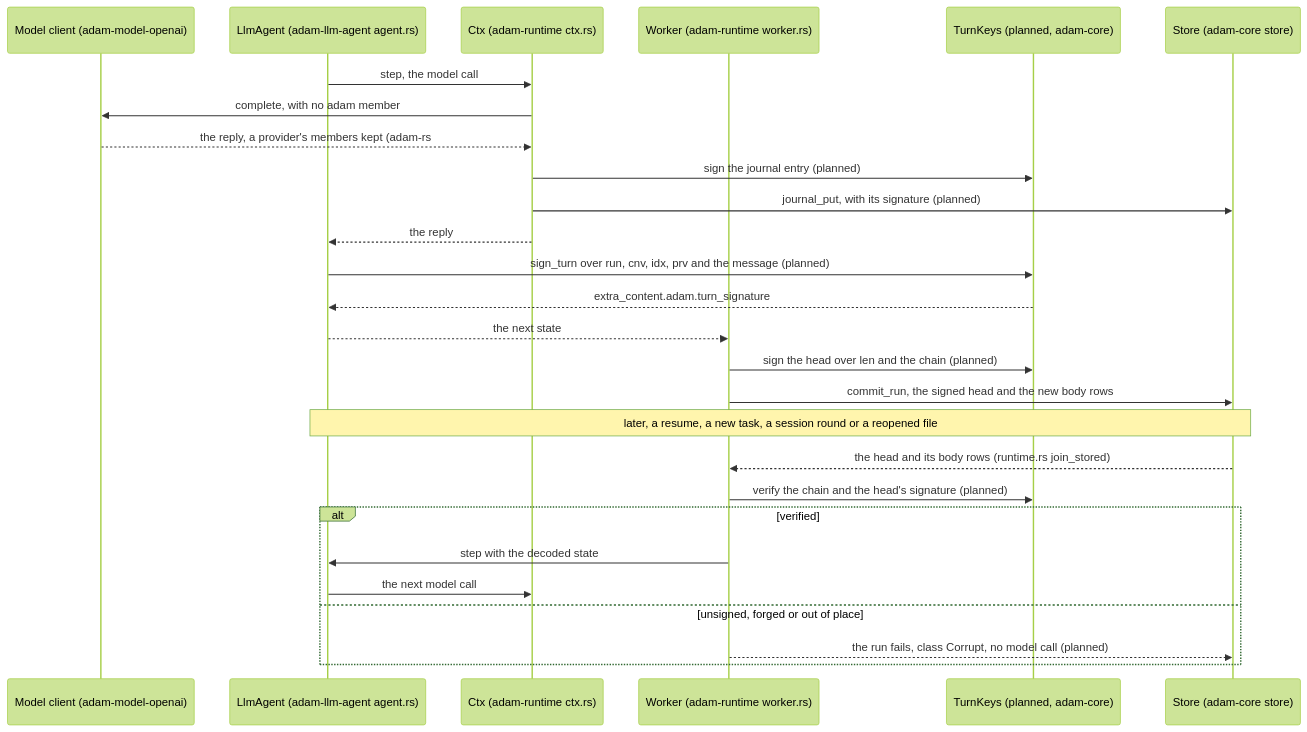
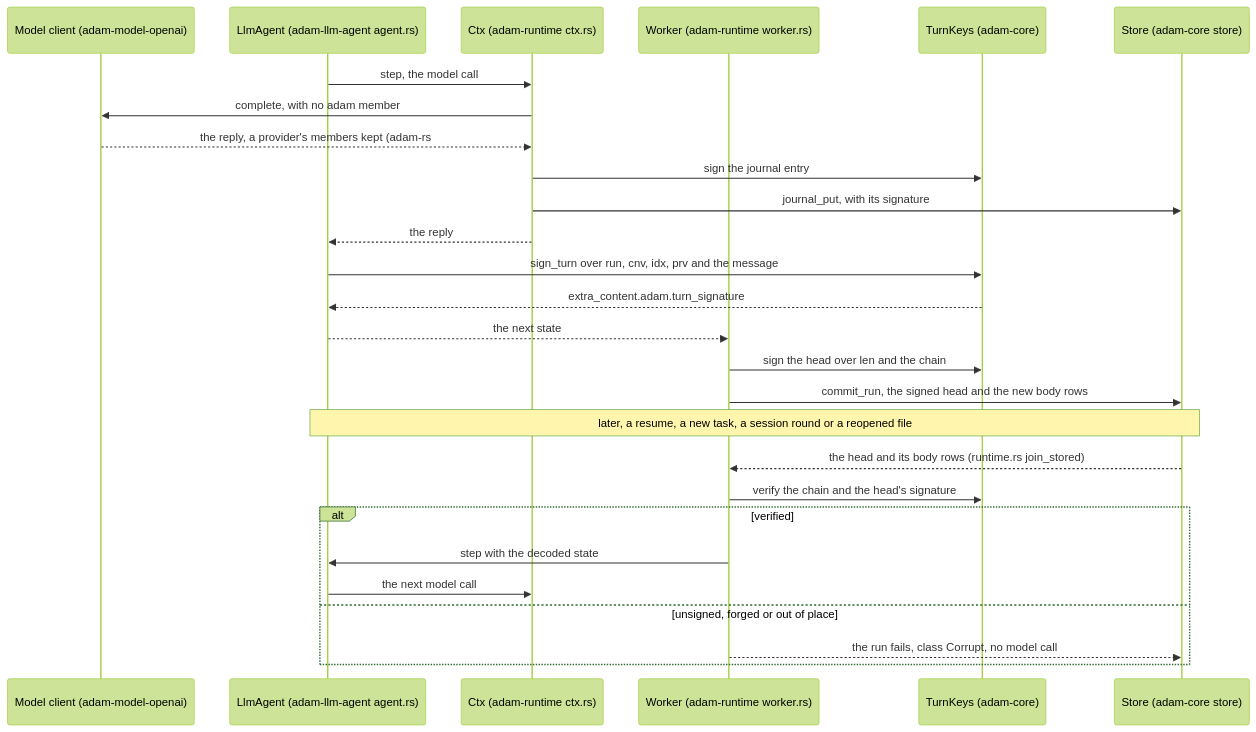
The first of 2 diagrams in docs/decisions/0068-adam-signs-its-own-history.md (vymalo/another-adam-rs), drawn with Mermaid (forest theme) before and after one commit. The commit also changed other lines of this file and 6 other files, not shown here.

````diff
--- a/docs/decisions/0068-adam-signs-its-own-history.md
+++ b/docs/decisions/0068-adam-signs-its-own-history.md
@@ -214,29 +214,29 @@
 ```mermaid
 sequenceDiagram
     participant M as Model client (adam-model-openai)
     participant A as LlmAgent (adam-llm-agent agent.rs)
     participant C as Ctx (adam-runtime ctx.rs)
     participant W as Worker (adam-runtime worker.rs)
-    participant K as TurnKeys (planned, adam-core)
+    participant K as TurnKeys (adam-core)
     participant S as Store (adam-core store)
     A->>C: step, the model call
     C->>M: complete, with no adam member
     M-->>C: the reply, a provider's members kept (adam-rs#322)
-    C->>K: sign the journal entry (planned)
-    C->>S: journal_put, with its signature (planned)
+    C->>K: sign the journal entry
+    C->>S: journal_put, with its signature
     C-->>A: the reply
-    A->>K: sign_turn over run, cnv, idx, prv and the message (planned)
+    A->>K: sign_turn over run, cnv, idx, prv and the message
     K-->>A: extra_content.adam.turn_signature
     A-->>W: the next state
-    W->>K: sign the head over len and the chain (planned)
+    W->>K: sign the head over len and the chain
     W->>S: commit_run, the signed head and the new body rows
     Note over A,S: later, a resume, a new task, a session round or a reopened file
     S-->>W: the head and its body rows (runtime.rs join_stored)
-    W->>K: verify the chain and the head's signature (planned)
+    W->>K: verify the chain and the head's signature
     alt verified
         W->>A: step with the decoded state
         A->>C: the next model call
     else unsigned, forged or out of place
-        W-->>S: the run fails, class Corrupt, no model call (planned)
+        W-->>S: the run fails, class Corrupt, no model call
     end
 ```
````
